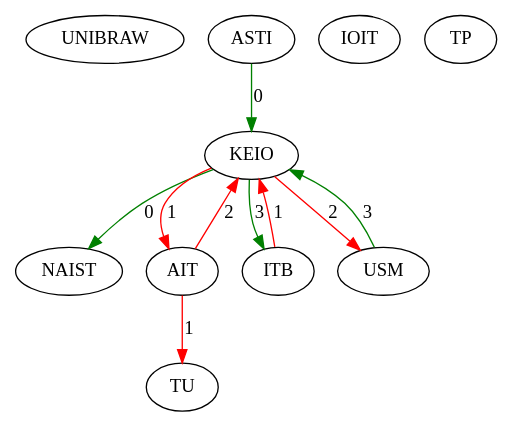
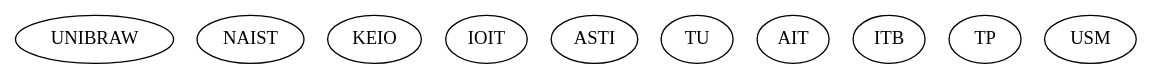
Before and after one commit to Hebbe1234/ExpectAll: the diagram in src/assignedGraphs/assigned.dot, drawn with Graphviz. The commit also changed 2 other files, not shown here.

```diff
--- a/src/assignedGraphs/assigned.dot
+++ b/src/assignedGraphs/assigned.dot
@@ -1,21 +1,12 @@
 digraph  {
 0 [Internal=1, id=0, label=UNIBRAW];
 1 [Internal=1, id=1, label=NAIST];
 2 [Internal=1, id=2, label=KEIO];
 3 [Internal=1, id=3, label=IOIT];
 4 [Internal=1, id=4, label=ASTI];
 5 [Internal=1, id=5, label=TU];
 6 [Internal=1, id=6, label=AIT];
 7 [Internal=1, id=7, label=ITB];
 8 [Internal=1, id=8, label=TP];
 9 [Internal=1, id=9, label=USM];
-2 -> 1  [color=green, key=0, label=0];
-2 -> 6  [color=red, key=0, label=1];
-2 -> 7  [color=green, key=0, label=3];
-2 -> 9  [color=red, key=0, label=2];
-4 -> 2  [color=green, key=0, label=0];
-6 -> 2  [color=red, key=0, label=2];
-6 -> 5  [color=red, key=0, label=1];
-7 -> 2  [color=red, key=0, label=1];
-9 -> 2  [color=green, key=0, label=3];
 }
```
